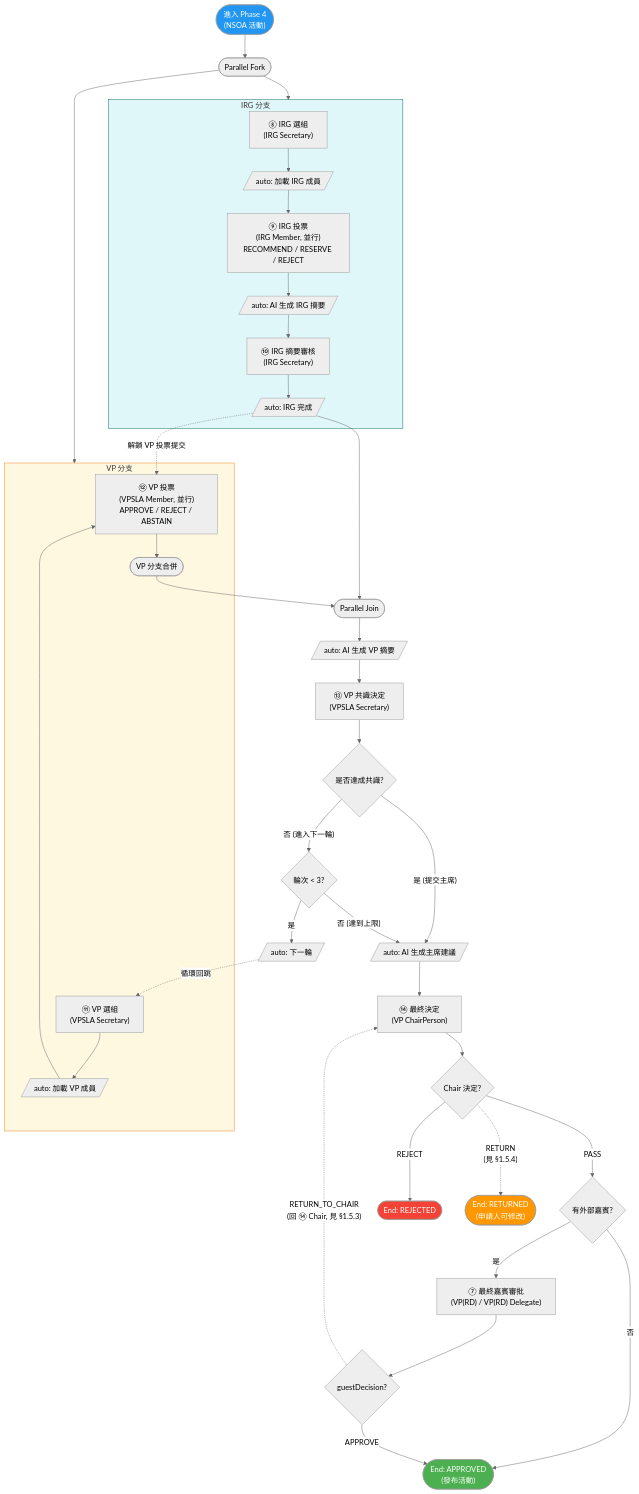
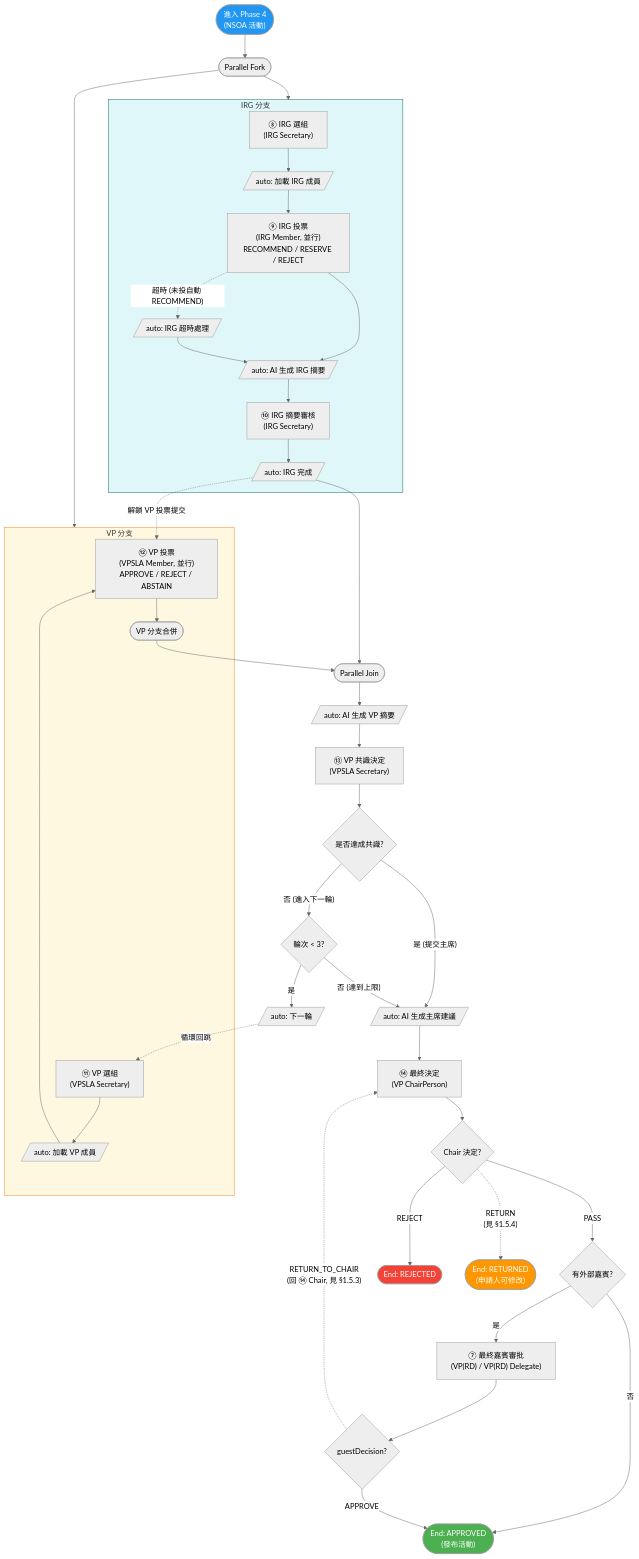
One commit to OneStar-Projects/SLAS-Docs changed the third of 3 diagrams in activity-publish-workflow-design.md. Above: the diagram before and after it, drawn with Mermaid (neutral theme). The commit also changed other lines of this file and 1 other file, not shown here.

First line of the commit message:
docs(activity-publish): P0/P1 drift cleanup — supv-agg-bug fixed, sponsorship sticky-OR, IRG timeout (#1)

````diff
--- a/activity-publish-workflow-design.md
+++ b/activity-publish-workflow-design.md
@@ -494,56 +509,58 @@
 ```mermaid
 flowchart TD
     Entry(["進入 Phase 4<br/>(NSOA 活動)"])
     Entry --> ParallelFork(["Parallel Fork"])
 
     ParallelFork --> IRGBranch
     ParallelFork --> VPBranch
 
     subgraph IRGBranch["IRG 分支"]
         IRGSelect["⑧ IRG 選組<br/>(IRG Secretary)"]
         IRGSelect --> LoadIRG[/"auto: 加載 IRG 成員"/]
         LoadIRG --> IRGVote["⑨ IRG 投票<br/>(IRG Member, 並行)<br/>RECOMMEND / RESERVE / REJECT"]
         IRGVote --> IRGSummary[/"auto: AI 生成 IRG 摘要"/]
+        IRGVote -.->|"超時 (未投自動 RECOMMEND)"| IRGTimeoutTask[/"auto: IRG 超時處理"/]
+        IRGTimeoutTask --> IRGSummary
         IRGSummary --> IRGReview["⑩ IRG 摘要審核<br/>(IRG Secretary)"]
         IRGReview --> IRGDone[/"auto: IRG 完成"/]
     end
 
     subgraph VPBranch["VP 分支"]
         VPSelect["⑪ VP 選組<br/>(VPSLA Secretary)"]
         VPSelect --> LoadVP[/"auto: 加載 VP 成員"/]
         LoadVP --> VPVote["⑫ VP 投票<br/>(VPSLA Member, 並行)<br/>APPROVE / REJECT / ABSTAIN"]
         VPVote --> VPMerge(["VP 分支合併"])
     end
 
     IRGDone -.->|"解鎖 VP 投票提交"| VPVote
     IRGDone --> Join(["Parallel Join"])
     VPMerge --> Join
 
     Join --> VPSummary[/"auto: AI 生成 VP 摘要"/]
     VPSummary --> VPDecide["⑬ VP 共識決定<br/>(VPSLA Secretary)"]
     VPDecide --> Gate{是否達成共識?}
     Gate -->|"是 (提交主席)"| ChairAI
     Gate -->|"否 (進入下一輪)"| RoundCheck{輪次 < 3?}
     RoundCheck -->|"是"| Increment[/"auto: 下一輪"/]
     Increment -.->|"循環回跳"| VPSelect
     RoundCheck -->|"否 (達到上限)"| ChairAI
 
     ChairAI[/"auto: AI 生成主席建議"/]
     ChairAI --> Chair["⑭ 最終決定<br/>(VP ChairPerson)"]
     Chair --> FinalGate{Chair 決定?}
     FinalGate -->|"PASS"| FinalGuestCheck{有外部嘉賓?}
     FinalGate -->|"REJECT"| EndRejected(["End: REJECTED"])
     FinalGate -.->|"RETURN<br/>(見 §1.5.4)"| EndReturned(["End: RETURNED<br/>(申請人可修改)"])
     FinalGuestCheck -->|"是"| FinalGuest["⑦ 最終嘉賓審批<br/>(VP(RD) / VP(RD) Delegate)"]
     FinalGuestCheck -->|"否"| EndApproved(["End: APPROVED<br/>(發布活動)"])
     FinalGuest --> FinalGuestGate{guestDecision?}
     FinalGuestGate -->|"APPROVE"| EndApproved
     FinalGuestGate -.->|"RETURN_TO_CHAIR<br/>(回 ⑭ Chair, 見 §1.5.3)"| Chair
 
     style Entry fill:#2196F3,color:#fff
     style EndApproved fill:#4CAF50,color:#fff
     style EndRejected fill:#f44336,color:#fff
     style EndReturned fill:#FF9800,color:#fff
     style IRGBranch fill:#E0F7FA,stroke:#00695C
     style VPBranch fill:#FFF8E1,stroke:#F57F17
 ```
````
